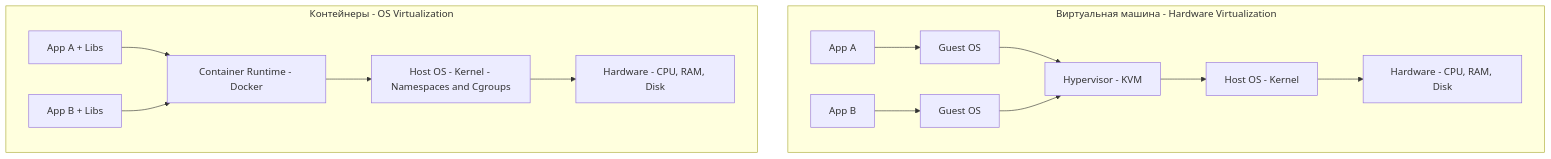
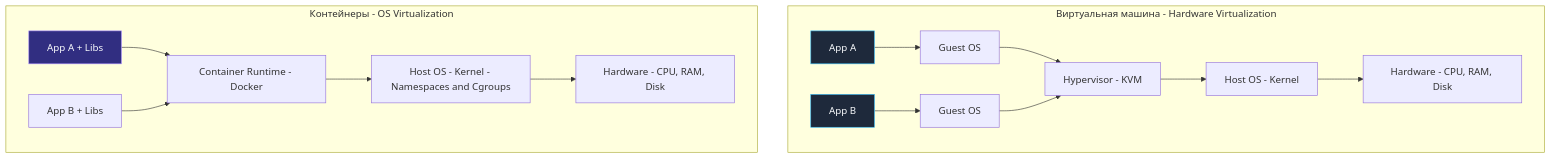
Before and after one commit to UnrealTemplier/go-textbook: the first of 3 diagrams in sources/19. Инфраструктура. Linux, nginx, Docker, Kubernetes/03. Docker/1. Контейнеризация. Основы.md, drawn with Mermaid. The commit also changed other lines of this file and 1666 other files, not shown here.

First line of the commit message:
feat(mermaid): add semantic color classDef to 1369 colorless flowchart/graph diagrams

````diff
--- a/sources/19. Инфраструктура. Linux, nginx, Docker, Kubernetes/03. Docker/1. Контейнеризация. Основы.md
+++ b/sources/19. Инфраструктура. Linux, nginx, Docker, Kubernetes/03. Docker/1. Контейнеризация. Основы.md
@@ -23,18 +23,28 @@
 ```mermaid
 flowchart TD
+    classDef process  fill:#1e293b,stroke:#38bdf8,stroke-width:1px,color:#f8fafc
+    classDef success  fill:#064e3b,stroke:#34d399,stroke-width:1px,color:#f8fafc
+    classDef error    fill:#7f1d1d,stroke:#f87171,stroke-width:1px,color:#f8fafc
+    classDef warning  fill:#78350f,stroke:#fbbf24,stroke-width:1px,color:#f8fafc
+    classDef entry    fill:#1e3a5f,stroke:#38bdf8,stroke-width:2px,color:#f8fafc
+    classDef aux      fill:#334155,stroke:#64748b,stroke-width:1px,color:#f8fafc
+    classDef system   fill:#312e81,stroke:#a78bfa,stroke-width:1px,color:#f8fafc
+    classDef data     fill:#132d29,stroke:#2dd4bf,stroke-width:1px,color:#f8fafc
+    classDef network  fill:#881337,stroke:#fb7185,stroke-width:1px,color:#f8fafc
+    classDef accent   fill:#1e1b4b,stroke:#818cf8,stroke-width:1px,color:#f8fafc
     subgraph VM["Виртуальная машина - Hardware Virtualization"]
-        A["App A"] --> B["Guest OS"]
-        C["App B"] --> D["Guest OS"]
+        A["App A"]:::process --> B["Guest OS"]
+        C["App B"]:::process --> D["Guest OS"]
         B --> E["Hypervisor - KVM"]
         D --> E
         E --> F["Host OS - Kernel"]
         F --> G["Hardware - CPU, RAM, Disk"]
     end
 
     subgraph Container["Контейнеры - OS Virtualization"]
-        H["App A + Libs"] --> I["Container Runtime - Docker"]
+        H["App A + Libs"]:::system --> I["Container Runtime - Docker"]
         J["App B + Libs"] --> I
         I --> K["Host OS - Kernel - Namespaces and Cgroups"]
         K --> L["Hardware - CPU, RAM, Disk"]
     end
 ```
````
